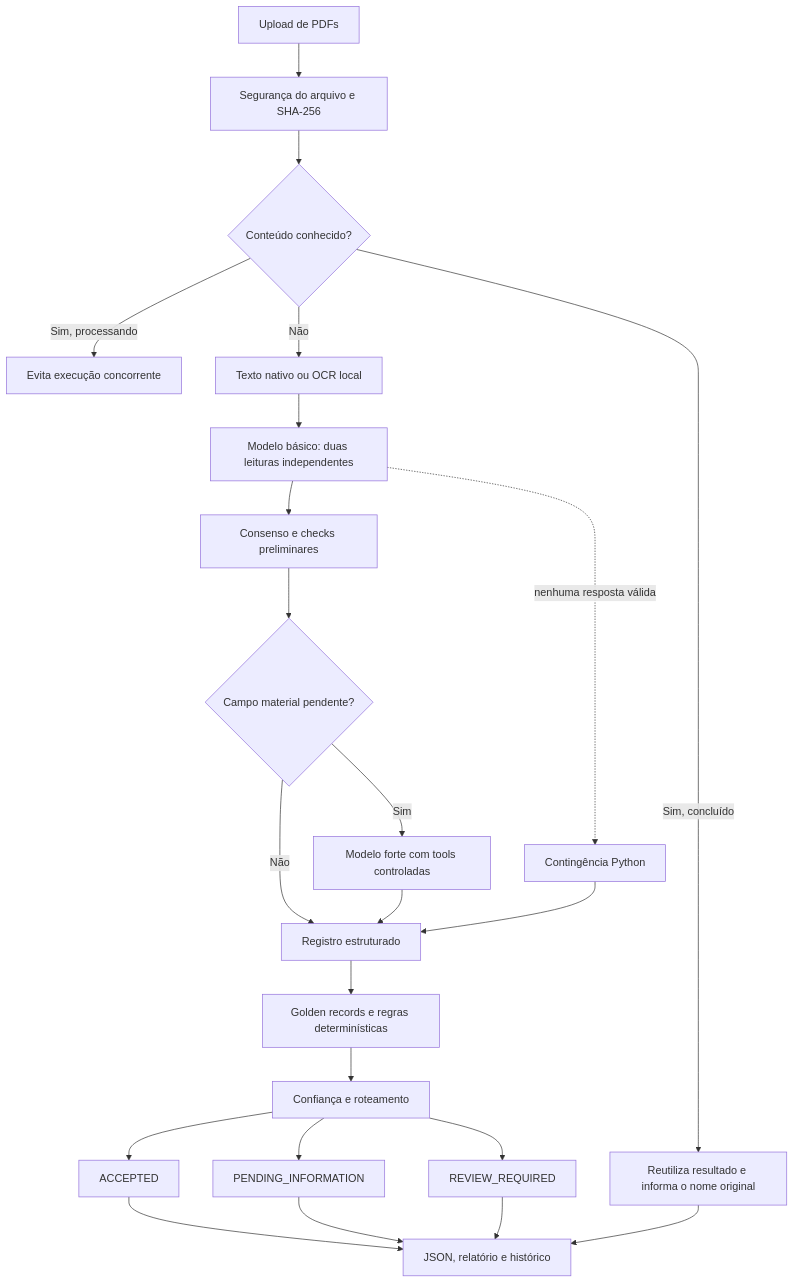
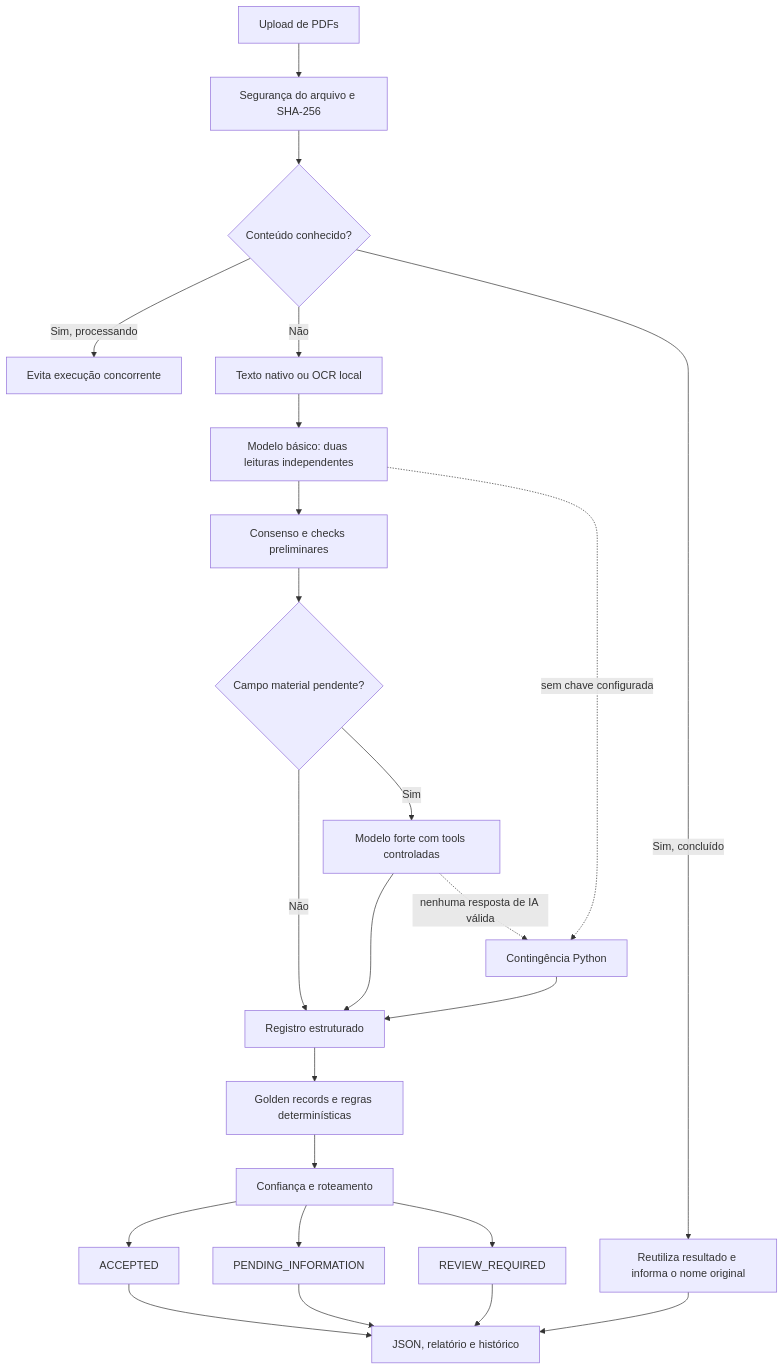
The first of 2 diagrams in README.md (GMiraaa/fintrace), drawn with Mermaid before and after one commit. The commit also changed other lines of this file and 34 other files, not shown here.

````diff
--- a/README.md
+++ b/README.md
@@ -110,25 +163,26 @@
 ```mermaid
 flowchart TD
     A[Upload de PDFs] --> B[Segurança do arquivo e SHA-256]
     B --> C{Conteúdo conhecido?}
     C -- Sim, concluído --> D[Reutiliza resultado e informa o nome original]
     C -- Sim, processando --> E[Evita execução concorrente]
     C -- Não --> F[Texto nativo ou OCR local]
     F --> G[Modelo básico: duas leituras independentes]
     G --> H[Consenso e checks preliminares]
     H --> I{Campo material pendente?}
     I -- Sim --> J[Modelo forte com tools controladas]
     I -- Não --> K[Registro estruturado]
     J --> K
-    G -. nenhuma resposta válida .-> L[Contingência Python]
+    J -. nenhuma resposta de IA válida .-> L[Contingência Python]
+    G -. sem chave configurada .-> L
     L --> K
     K --> M[Golden records e regras determinísticas]
     M --> N[Confiança e roteamento]
     N --> O[ACCEPTED]
     N --> P[PENDING_INFORMATION]
     N --> Q[REVIEW_REQUIRED]
     O --> R[JSON, relatório e histórico]
     P --> R
     Q --> R
     D --> R
 ```
````
